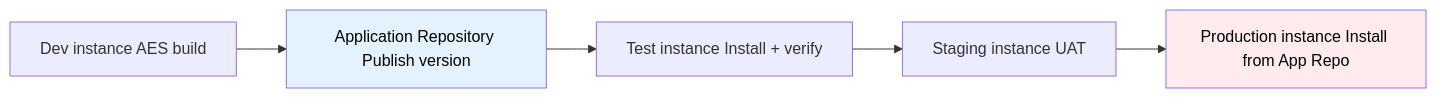
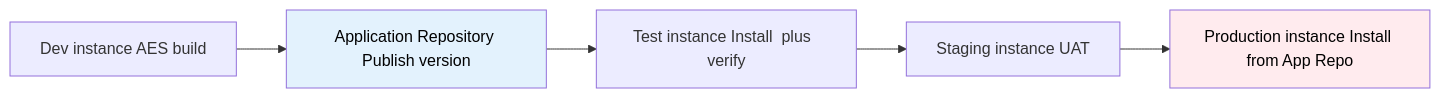
Before and after one commit to eltonaguiar/ServiceNow_Learning_TSOM-_CSM_FSM_SalesCRM_HAM_ITSM: the third of 5 diagrams in docs/modules/app-engine/app-engine-guide.md, drawn with Mermaid. The commit also changed other lines of this file and 19 other files, not shown here.

Commit message:
Fix all Mermaid diagram special characters - replace dollar, parens, slashes, quotes, pipes, nested brackets and other unsafe chars inside brackets with safe alternatives across 19 files

````diff
--- a/docs/modules/app-engine/app-engine-guide.md
+++ b/docs/modules/app-engine/app-engine-guide.md
@@ -258,10 +258,10 @@
 ```mermaid
 graph LR
     Dev[Dev instance AES build] --> Repo[Application Repository Publish version]
-    Repo --> Test[Test instance Install + verify]
+    Repo --> Test[Test instance Install  plus  verify]
     Test --> Staging[Staging instance UAT]
     Staging --> Prod[Production instance Install from App Repo]
 
     style Prod fill:#ffebee,color:#000
     style Repo fill:#e3f2fd,color:#000
 ```
````
